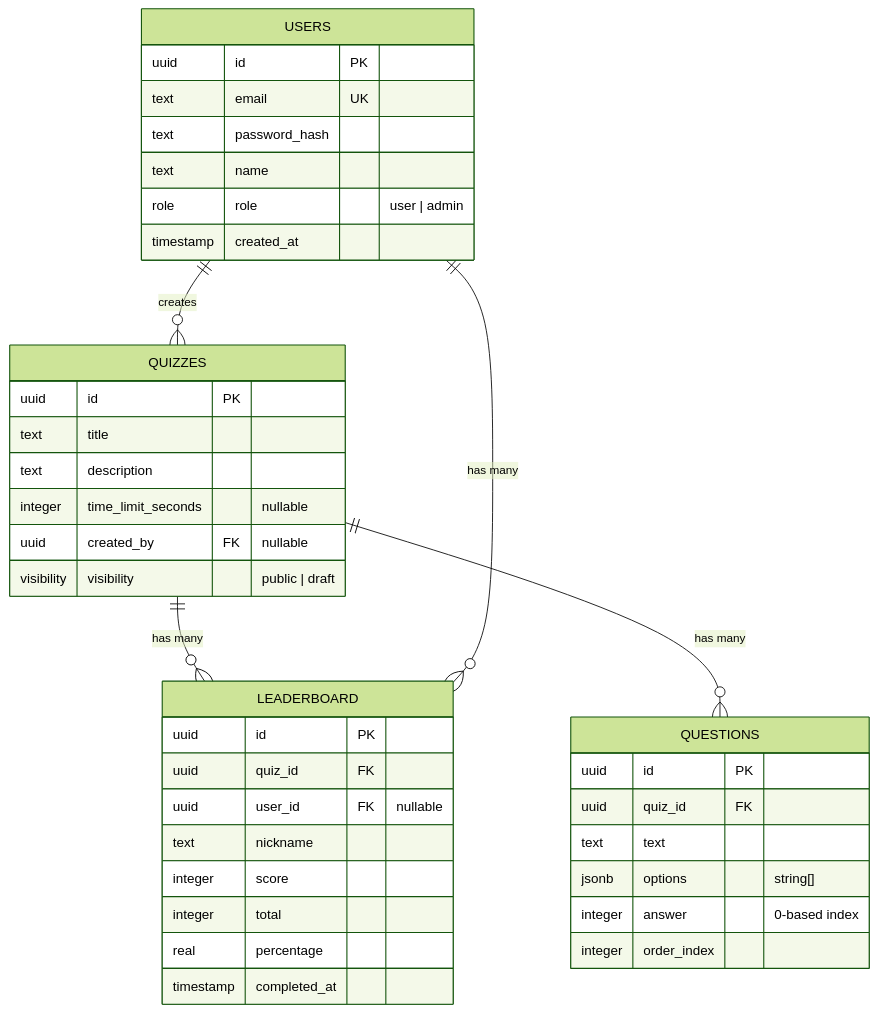
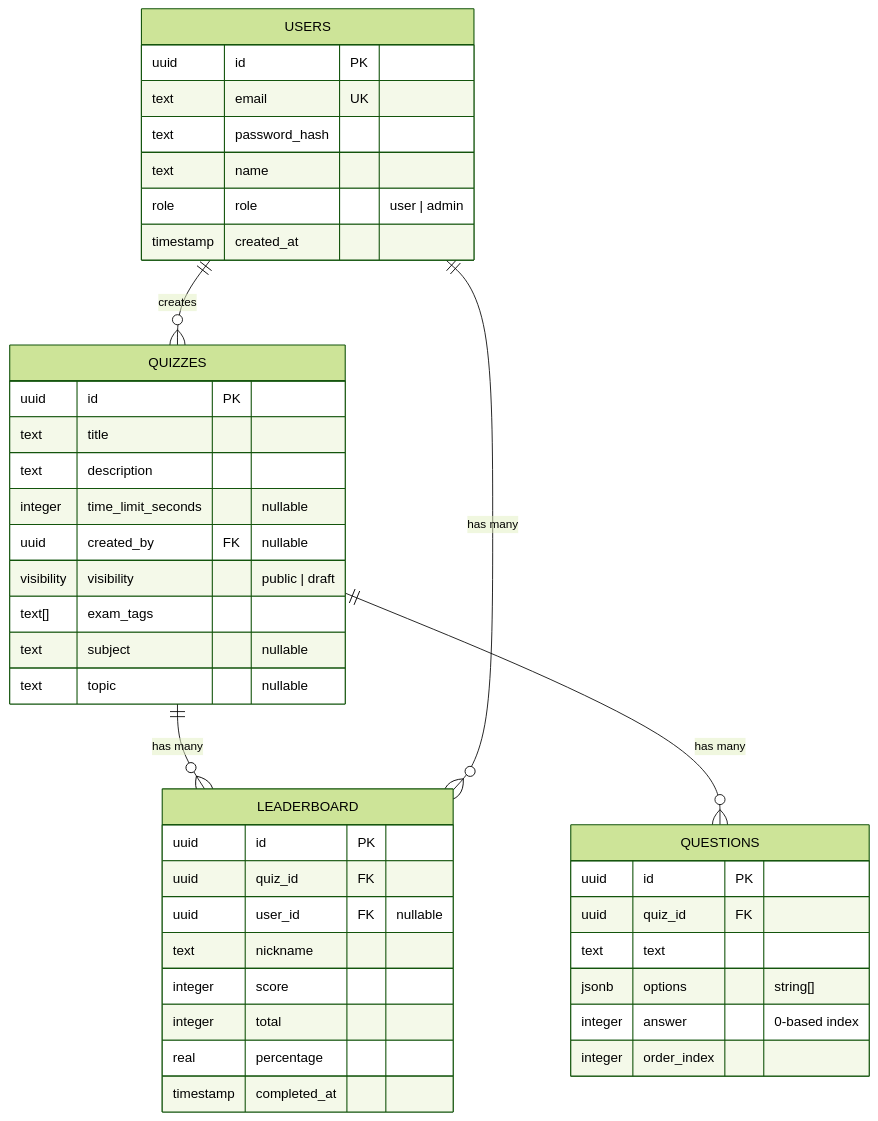
Before and after one commit to ChristianNemeno/tapcet-next: the diagram in docs/database.md, drawn with Mermaid (forest theme). The commit also changed other lines of this file and 10 other files, not shown here.

Commit message:
feat: update quiz schema, refine global UI styles, and enhance quiz page components

````diff
--- a/docs/database.md
+++ b/docs/database.md
@@ -7,45 +7,48 @@
 ```mermaid
 erDiagram
     USERS {
         uuid id PK
         text email UK
         text password_hash
         text name
         role role "user | admin"
         timestamp created_at
     }
 
     QUIZZES {
         uuid id PK
         text title
         text description
         integer time_limit_seconds "nullable"
         uuid created_by FK "nullable"
         visibility visibility "public | draft"
+        text[] exam_tags
+        text subject "nullable"
+        text topic "nullable"
     }
 
     QUESTIONS {
         uuid id PK
         uuid quiz_id FK
         text text
         jsonb options "string[]"
         integer answer "0-based index"
         integer order_index
     }
 
     LEADERBOARD {
         uuid id PK
         uuid quiz_id FK
         uuid user_id FK "nullable"
         text nickname
         integer score
         integer total
         real percentage
         timestamp completed_at
     }
 
     QUIZZES ||--o{ QUESTIONS : "has many"
     QUIZZES ||--o{ LEADERBOARD : "has many"
     USERS   ||--o{ LEADERBOARD : "has many"
     USERS   ||--o{ QUIZZES : "creates"
 ```
````
